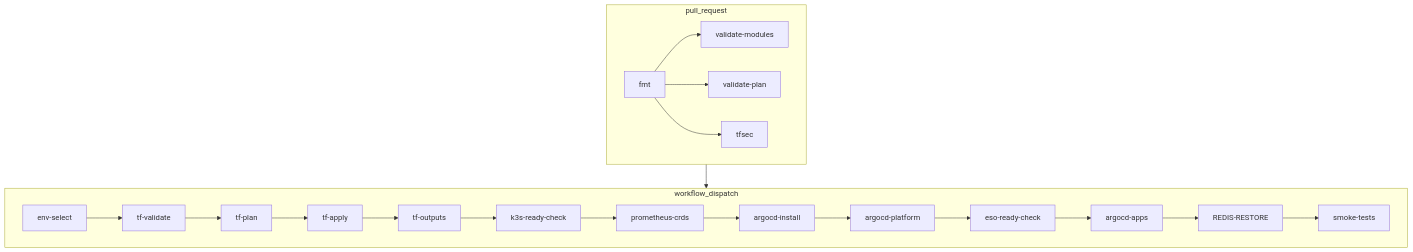
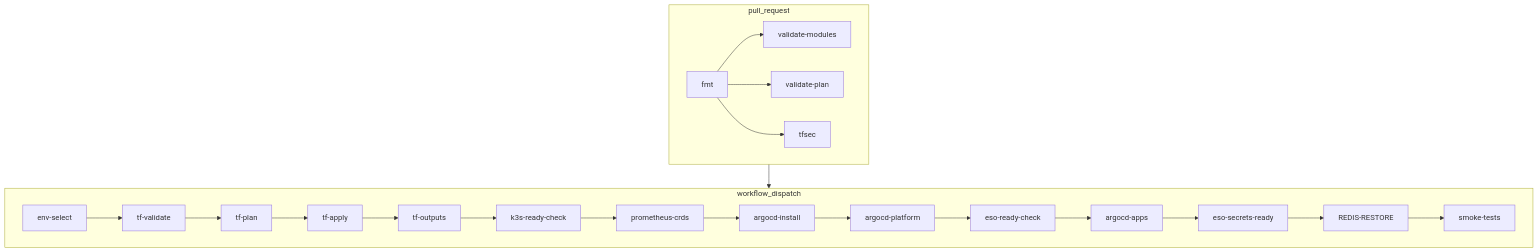
One commit to ClementV78/CloudRadar changed the diagram in docs/runbooks/ci-cd/ci-infra.md. Above: the diagram before and after it, drawn with Mermaid. The commit also changed other lines of this file and 3 other files, not shown here.

First line of the commit message:
fix(ci): gate smoke tests on ExternalSecret readiness

````diff
--- a/docs/runbooks/ci-cd/ci-infra.md
+++ b/docs/runbooks/ci-cd/ci-infra.md
@@ -78,33 +79,34 @@
 ```mermaid
 flowchart TB
   subgraph PR["pull_request"]
     fmt[fmt]
     validate-modules[validate-modules]
     validate-plan[validate-plan]
     tfsec[tfsec]
     fmt --> validate-modules
     fmt --> validate-plan
     fmt --> tfsec
   end
 
   subgraph Dispatch["workflow_dispatch"]
     env-select[env-select]
     tf-validate[tf-validate]
     tf-plan[tf-plan]
     tf-apply[tf-apply]
     tf-outputs[tf-outputs]
     k3s-ready-check[k3s-ready-check]
     prometheus-crds[prometheus-crds]
     argocd-install[argocd-install]
     argocd-platform[argocd-platform]
     eso-ready-check[eso-ready-check]
     argocd-apps[argocd-apps]
+    eso-secrets-ready[eso-secrets-ready]
     redis-restore[REDIS-RESTORE]
     smoke-tests[smoke-tests]
 
     env-select --> tf-validate --> tf-plan --> tf-apply --> tf-outputs
-    tf-outputs --> k3s-ready-check --> prometheus-crds --> argocd-install --> argocd-platform --> eso-ready-check --> argocd-apps --> redis-restore --> smoke-tests
+    tf-outputs --> k3s-ready-check --> prometheus-crds --> argocd-install --> argocd-platform --> eso-ready-check --> argocd-apps --> eso-secrets-ready --> redis-restore --> smoke-tests
   end
 
   PR --> Dispatch
 ```
````
